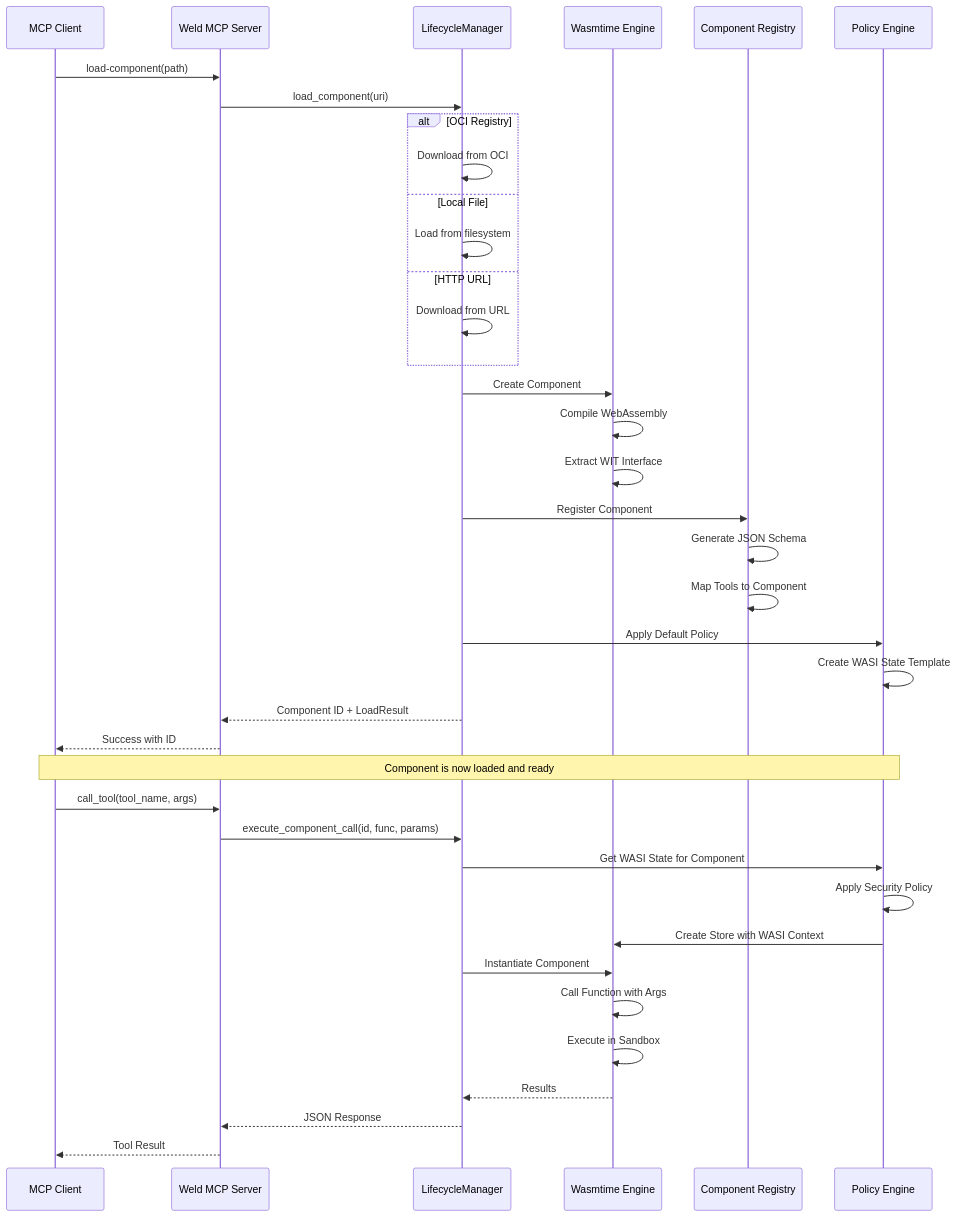
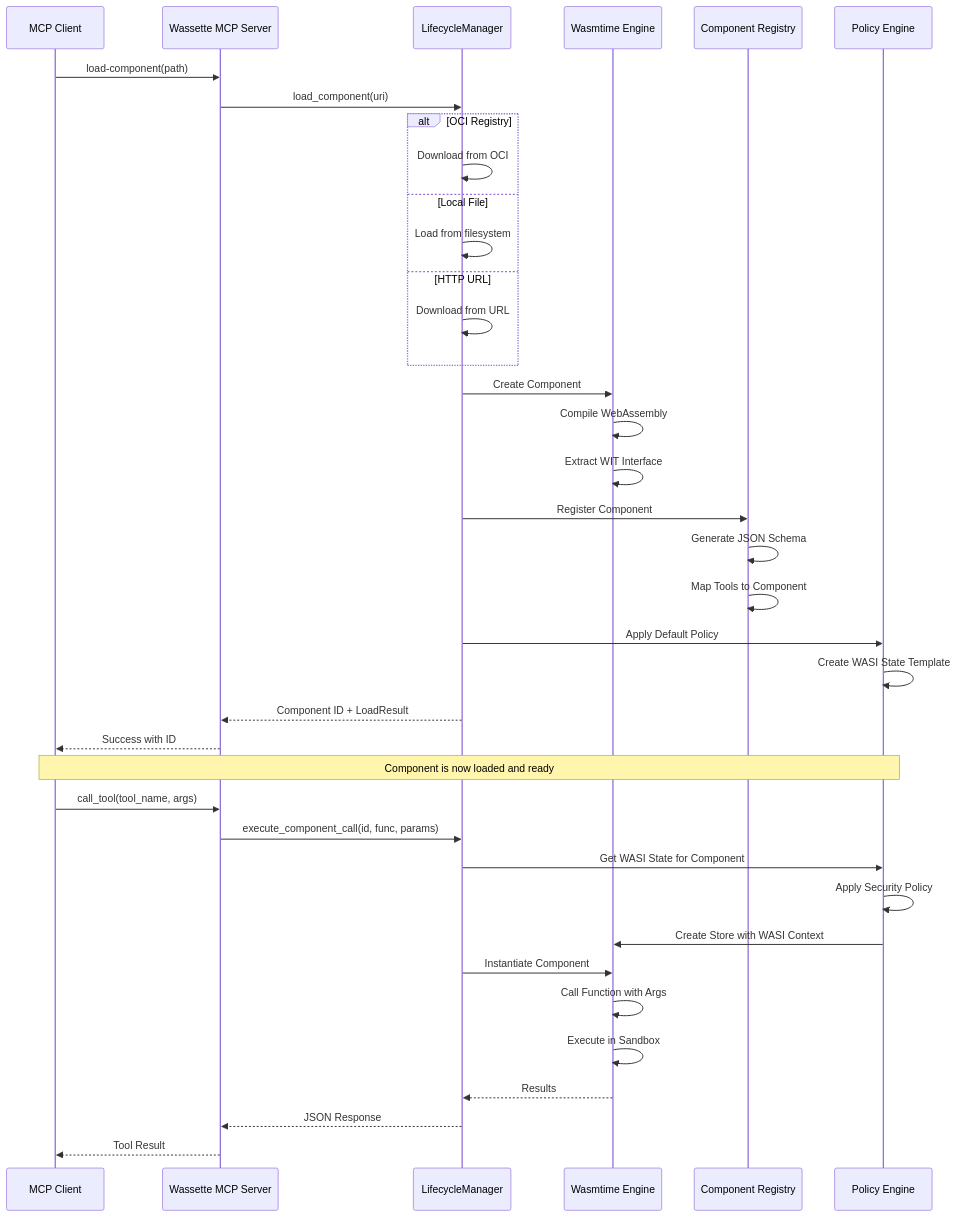
The diagram in design/architecture.md (microsoft/wassette), drawn with Mermaid before and after one commit. The commit also changed 4 other files, not shown here.

Commit message:
fix(all): rename weld to Wassette

````diff
--- a/design/architecture.md
+++ b/design/architecture.md
@@ -1,51 +1,51 @@
 ```mermaid
 sequenceDiagram
     participant Client as MCP Client
-    participant Server as Weld MCP Server
+    participant Server as Wassette MCP Server
     participant LM as LifecycleManager
     participant Engine as Wasmtime Engine
     participant Registry as Component Registry
     participant Policy as Policy Engine
     
     Client->>Server: load-component(path)
     Server->>LM: load_component(uri)
     
     alt OCI Registry
         LM->>LM: Download from OCI
     else Local File
         LM->>LM: Load from filesystem
     else HTTP URL
         LM->>LM: Download from URL
     end
     
     LM->>Engine: Create Component
     Engine->>Engine: Compile WebAssembly
     Engine->>Engine: Extract WIT Interface
     
     LM->>Registry: Register Component
     Registry->>Registry: Generate JSON Schema
     Registry->>Registry: Map Tools to Component
     
     LM->>Policy: Apply Default Policy
     Policy->>Policy: Create WASI State Template
     
     LM-->>Server: Component ID + LoadResult
     Server-->>Client: Success with ID
     
     Note over Client,Policy: Component is now loaded and ready
     
     Client->>Server: call_tool(tool_name, args)
     Server->>LM: execute_component_call(id, func, params)
     
     LM->>Policy: Get WASI State for Component
     Policy->>Policy: Apply Security Policy
     Policy->>Engine: Create Store with WASI Context
     
     LM->>Engine: Instantiate Component
     Engine->>Engine: Call Function with Args
     Engine->>Engine: Execute in Sandbox
     
     Engine-->>LM: Results
     LM-->>Server: JSON Response
     Server-->>Client: Tool Result
 ```
````
